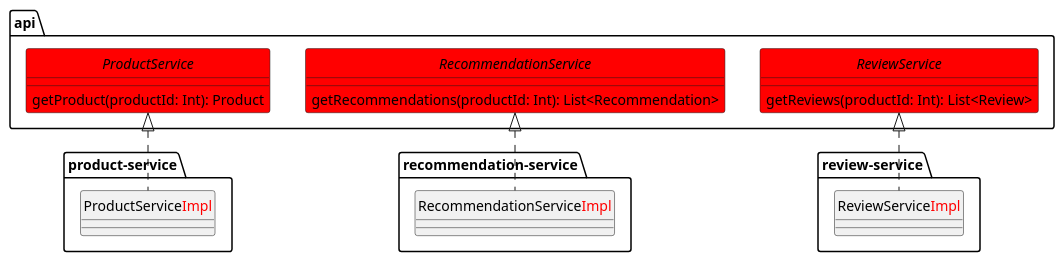
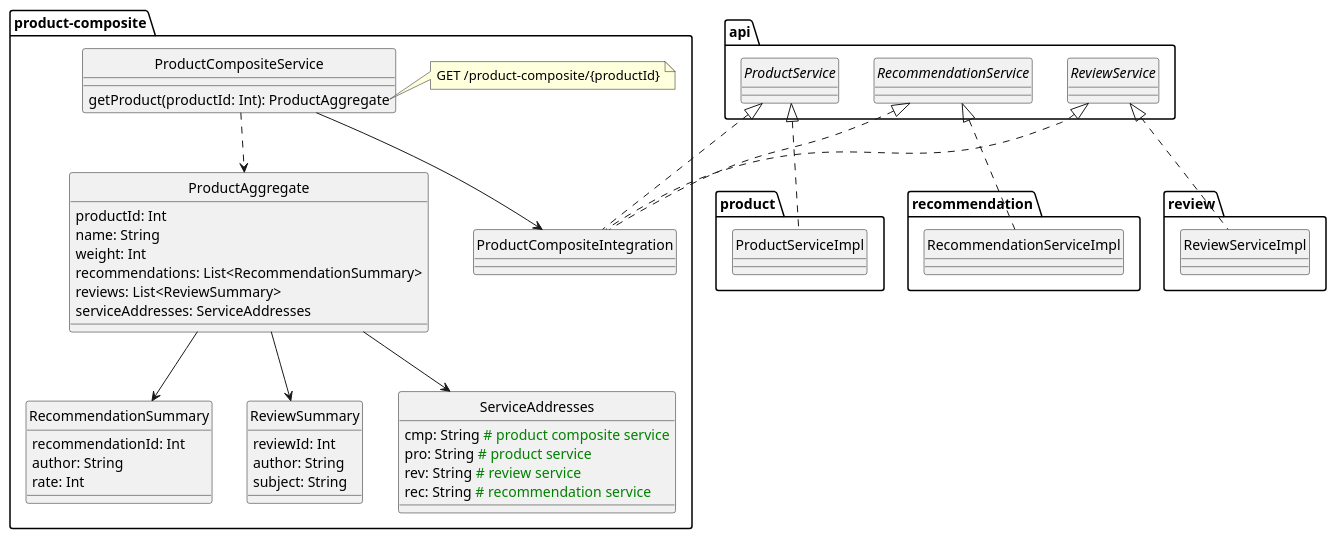
Before and after one commit to teddyprogramming/teddyprogramming.github.io: the seventh of 7 diagrams in docs/kata/Microservices with Spring Boot 3 and Spring Cloud - Third Edition/3 Creating a Set of Cooperating Microservices.md, drawn with PlantUML. The commit also changed other lines of this file, not shown here.

````diff
--- a/docs/kata/Microservices with Spring Boot 3 and Spring Cloud - Third Edition/3 Creating a Set of Cooperating Microservices.md
+++ b/docs/kata/Microservices with Spring Boot 3 and Spring Cloud - Third Edition/3 Creating a Set of Cooperating Microservices.md
@@ -552,31 +546,73 @@
 ```plantuml
 hide circle
 
 package api {
-    interface ProductService #red {
-        getProduct(productId: Int): Product
-    }
-    interface RecommendationService #red {
-        getRecommendations(productId: Int): List<Recommendation>
-    }
-    interface ReviewService #red {
-        getReviews(productId: Int): List<Review>
-    }
+    interface ProductService
+    interface RecommendationService
+    interface ReviewService
 }
 
-package product-service {
-    class "ProductService<font color=red>Impl</font>" as ps
+package product-composite {
+    class ProductCompositeService {
+        getProduct(productId: Int): ProductAggregate
+    }
+    note right of ProductCompositeService::ProductAggregate
+    GET /product-composite/{productId}
+    end note
+
+    class ProductCompositeIntegration
+
+    class ProductAggregate {
+        productId: Int
+        name: String
+        weight: Int
+        recommendations: List<RecommendationSummary>
+        reviews: List<ReviewSummary>
+        serviceAddresses: ServiceAddresses
+    }
+
+    class RecommendationSummary {
+        recommendationId: Int
+        author: String
+        rate: Int
+    }
+
+    class ReviewSummary {
+        reviewId: Int
+        author: String
+        subject: String
+    }
+
+    class ServiceAddresses {
+        cmp: String <font color=green># product composite service</font>
+        pro: String <font color=green># product service</font>
+        rev: String <font color=green># review service</font>
+        rec: String <font color=green># recommendation service</font>
+    }
+
+    ProductCompositeService ..> ProductAggregate
+    ProductCompositeService --> ProductCompositeIntegration
+    ProductAggregate --> RecommendationSummary
+    ProductAggregate --> ReviewSummary
+    ProductAggregate --> ServiceAddresses
 }
 
-package recommendation-service {
-    class "RecommendationService<font color=red>Impl</font>" as rec
+package product {
+    class ProductServiceImpl
 }
 
-package review-service {
-    class "ReviewService<font color=red>Impl</font>" as rev
+package review {
+    class ReviewServiceImpl
 }
 
-ProductService <|.. ps
-RecommendationService <|.. rec
-ReviewService <|.. rev
+package recommendation {
+    class RecommendationServiceImpl
+}
+
+ProductService <|.. ProductServiceImpl
+RecommendationService <|.. RecommendationServiceImpl
+ReviewService <|.. ReviewServiceImpl
+ProductService <|.. ProductCompositeIntegration
+RecommendationService <|.. ProductCompositeIntegration
+ReviewService <|.. ProductCompositeIntegration
 ```
````
